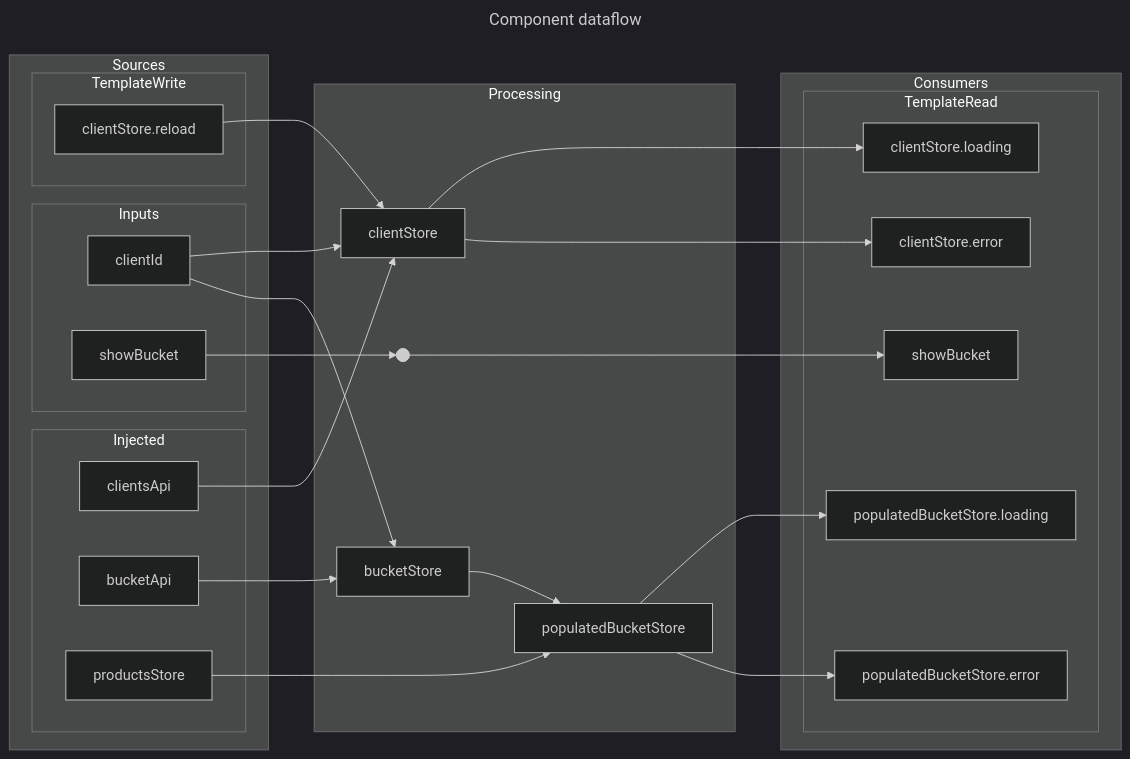
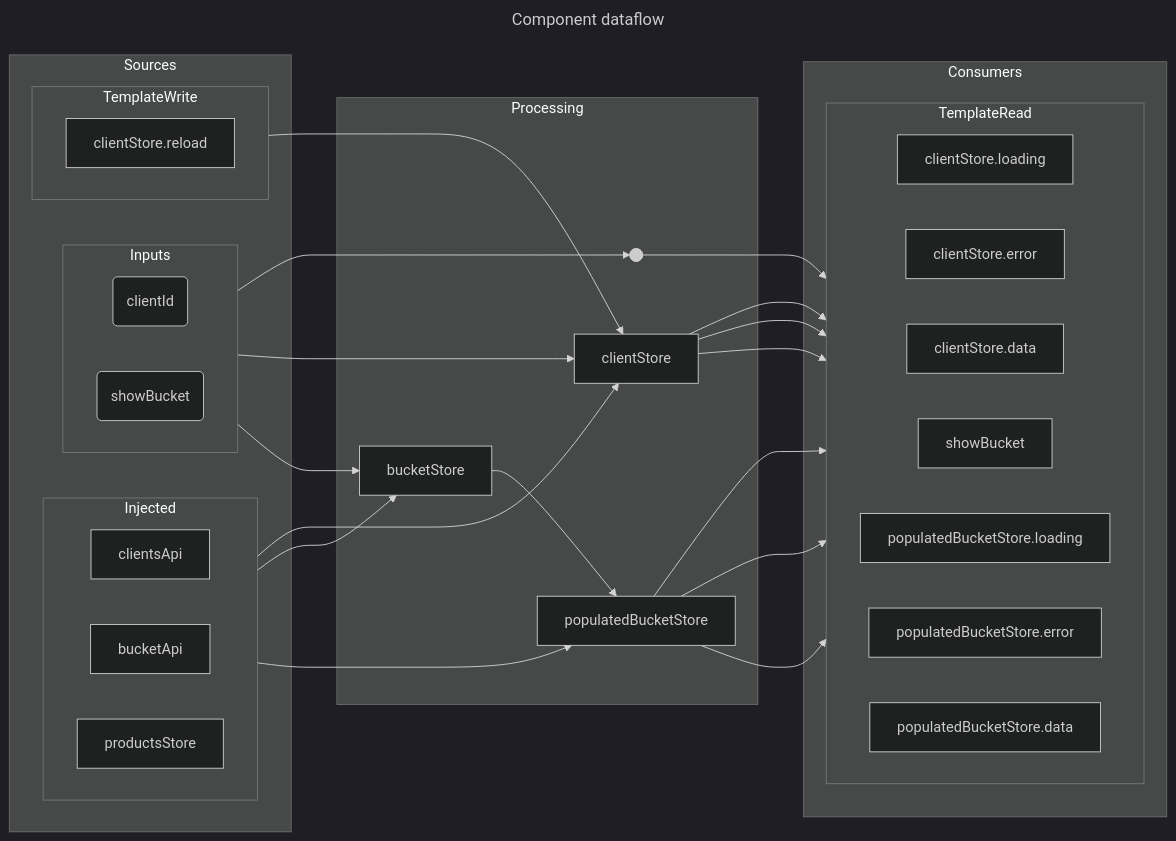
The first of 2 diagrams in src/app/components/wip/tiny-rx-store/tiny-rx-store.component.dataflow.md (earthdmitriy/rx-evo), drawn with Mermaid (dark theme) before and after one commit. The commit also changed other lines of this file and 39 other files, not shown here.

Commit message:
updated dataflow diagrams

````diff
--- a/src/app/components/wip/tiny-rx-store/tiny-rx-store.component.dataflow.md
+++ b/src/app/components/wip/tiny-rx-store/tiny-rx-store.component.dataflow.md
@@ -7,6 +7,7 @@
 graph LR
     subgraph Sources
         subgraph Injected
+            direction LR
             Source_clientsApi["
                 clientsApi
             "]
@@ -18,14 +19,16 @@
             "]
         end
         subgraph Inputs
-            Source_clientId["
+            direction LR
+            Source_clientId("
                 clientId
-            "]
-            Source_showBucket["
+            ")
+            Source_showBucket("
                 showBucket
-            "]
+            ")
         end
         subgraph TemplateWrite
+            direction LR
             Source_clientStore.reload["
                 clientStore.reload
             "]
@@ -45,11 +48,15 @@
     end
     subgraph Consumers
         subgraph TemplateRead
+            direction LR
             Consumer_clientStore.loading["
                 clientStore.loading
             "]
             Consumer_clientStore.error["
                 clientStore.error
+            "]
+            Consumer_clientStore.data["
+                clientStore.data
             "]
             Consumer_showBucket["
                 showBucket
@@ -59,6 +66,9 @@
             "]
             Consumer_populatedBucketStore.error["
                 populatedBucketStore.error
+            "]
+            Consumer_populatedBucketStore.data["
+                populatedBucketStore.data
             "]
         end
     end
@@ -75,7 +85,9 @@
     Processing_showBucket --> Consumer_showBucket
     Processing_clientStore --> Consumer_clientStore.loading
     Processing_clientStore --> Consumer_clientStore.error
+    Processing_clientStore --> Consumer_clientStore.data
     Processing_populatedBucketStore --> Consumer_populatedBucketStore.loading
     Processing_populatedBucketStore --> Consumer_populatedBucketStore.error
+    Processing_populatedBucketStore --> Consumer_populatedBucketStore.data
 
 ```
````
